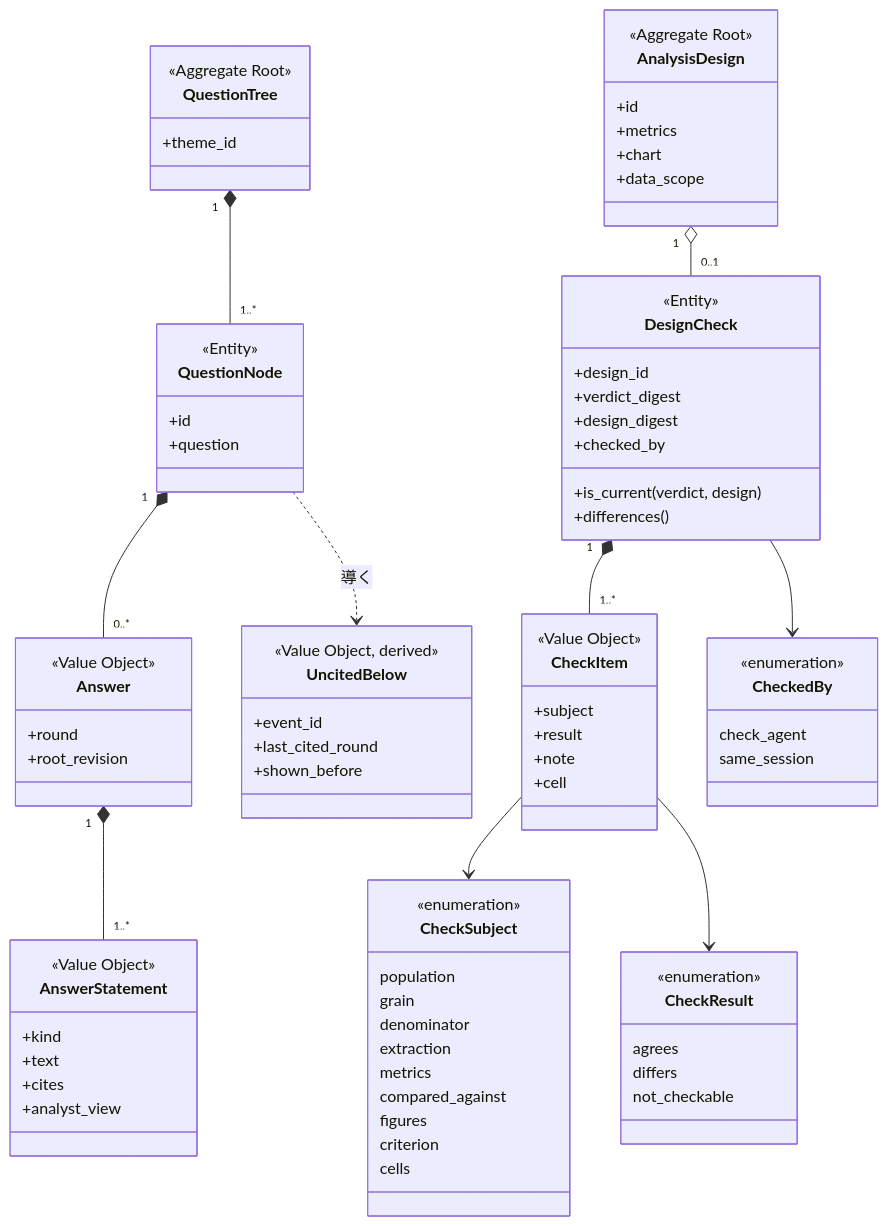
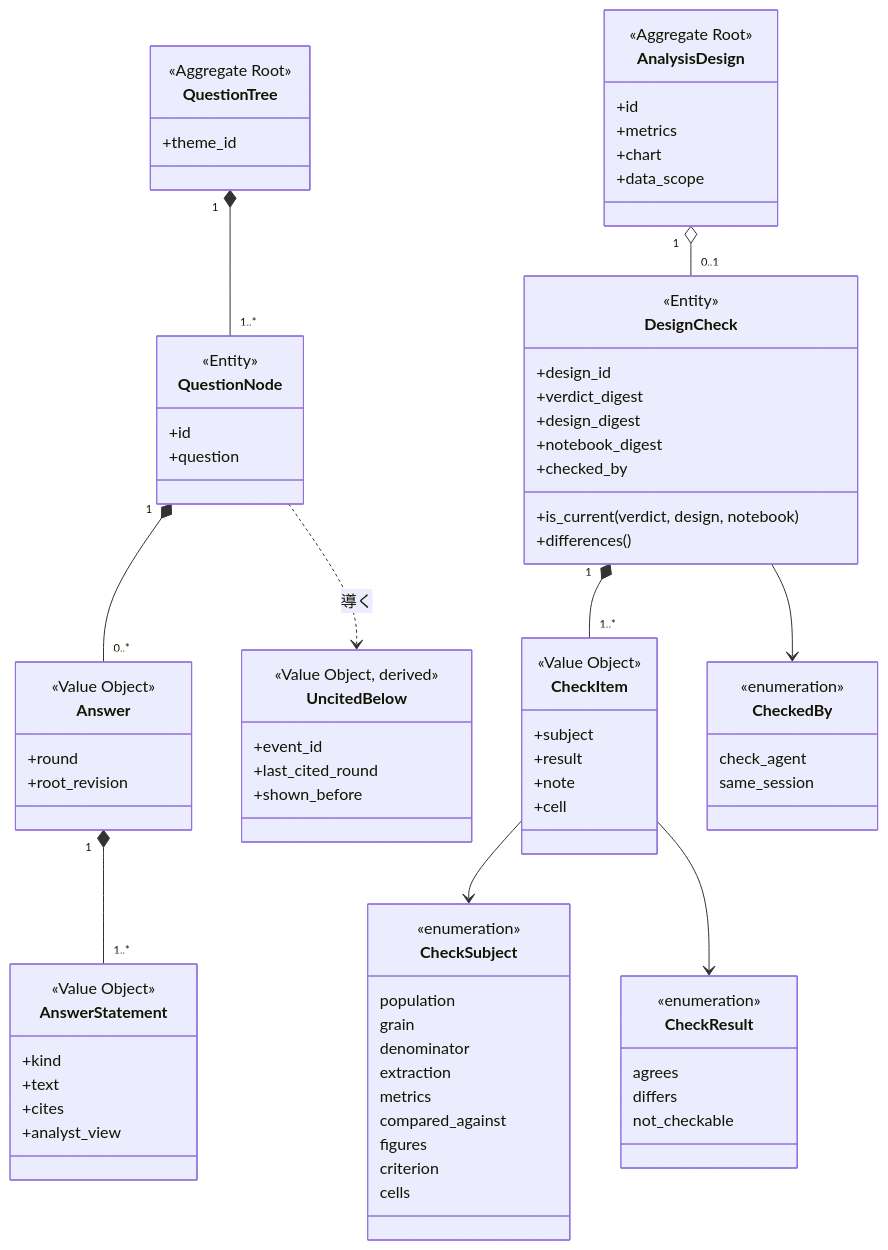
One commit to etoyama/insight-blueprint-skills changed the second of 5 diagrams in docs/design/epic-36-before-the-analyst-answers.md. Above: the diagram before and after it, drawn with Mermaid. The commit also changed other lines of this file and 13 other files, not shown here.

```diff
--- a/docs/design/epic-36-before-the-analyst-answers.md
+++ b/docs/design/epic-36-before-the-analyst-answers.md
@@ -374,8 +374,9 @@
         +design_id
         +verdict_digest
         +design_digest
+        +notebook_digest
         +checked_by
-        +is_current(verdict, design)
+        +is_current(verdict, design, notebook)
         +differences()
     }
     class CheckItem {
```
